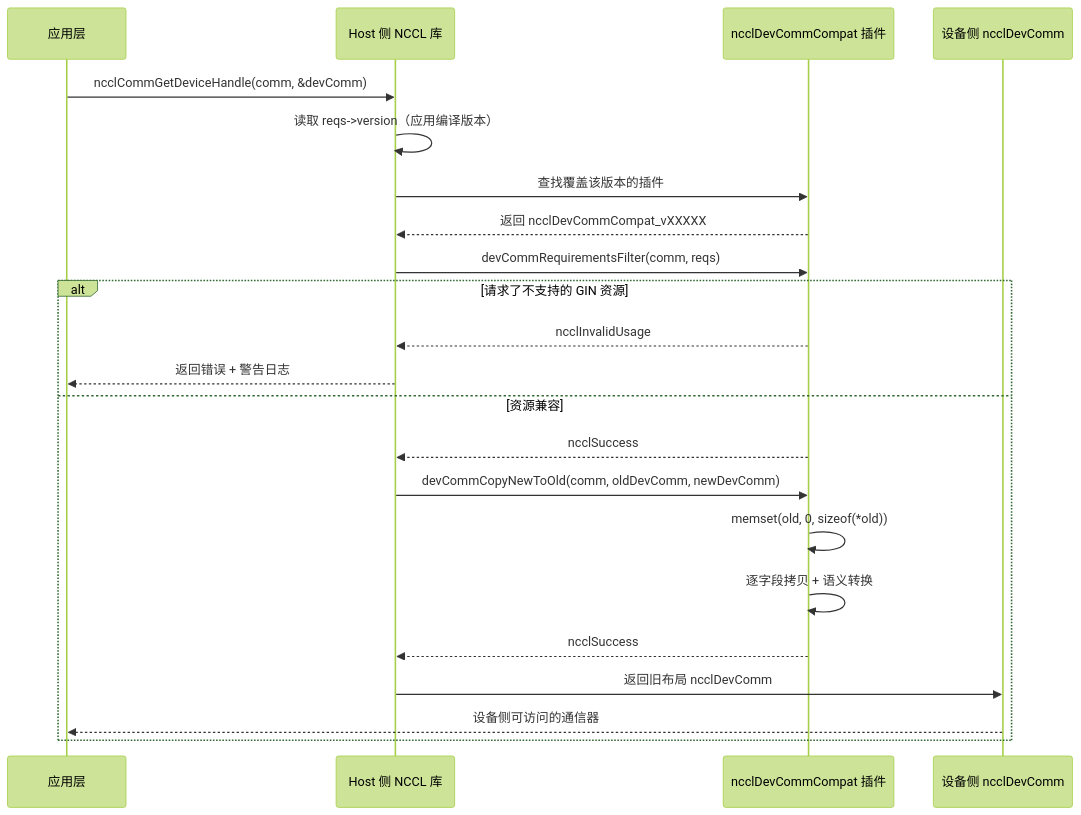
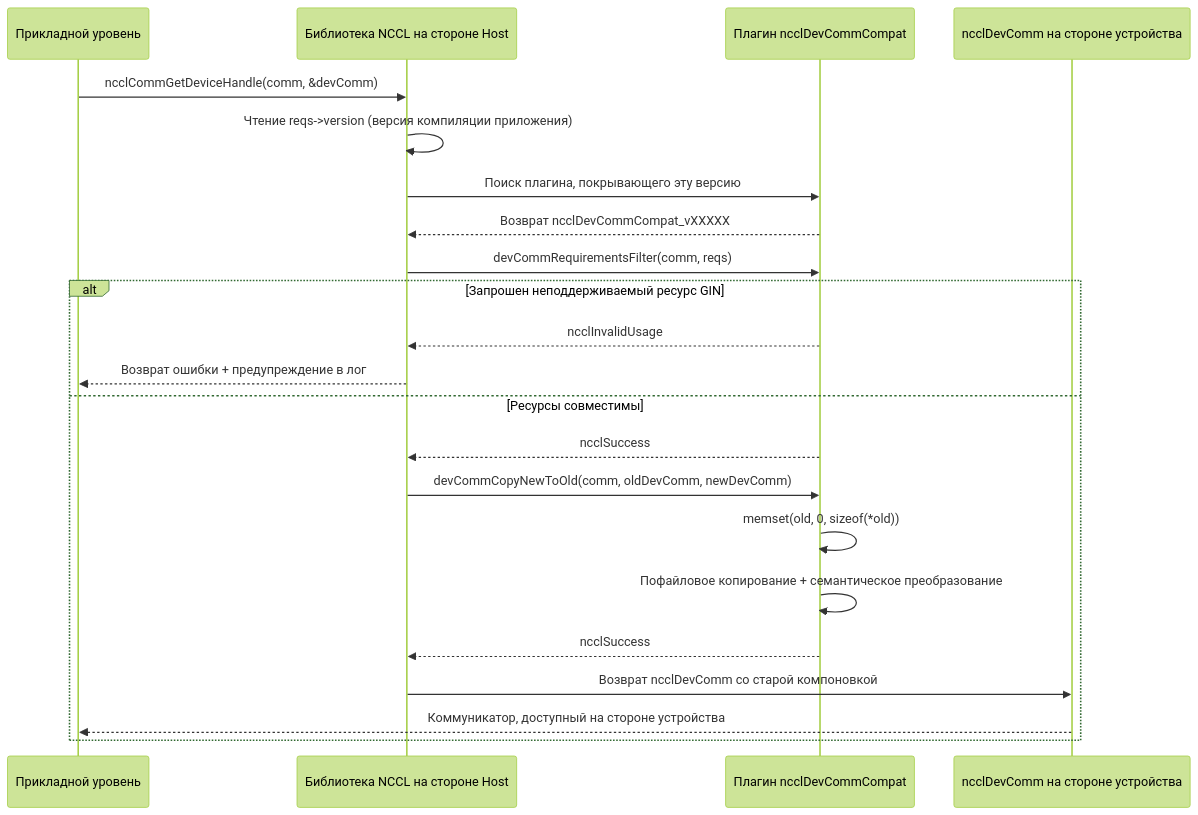
One commit to maleRjc/AiReadCodeBooks changed the second of 2 diagrams in books/nccl/ru/19-device-communication-abi-devcomm.md. Above: the diagram before and after it, drawn with Mermaid (forest theme). The commit also changed other lines of this file and 74 other files, not shown here.

````diff
--- a/books/nccl/ru/19-device-communication-abi-devcomm.md
+++ b/books/nccl/ru/19-device-communication-abi-devcomm.md
@@ -328,25 +330,25 @@
 ```mermaid
 sequenceDiagram
-    participant App as 应用层
-    participant Host as Host 侧 NCCL 库
-    participant Compat as ncclDevCommCompat 插件
-    participant Dev as 设备侧 ncclDevComm
+    participant App as Прикладной уровень
+    participant Host as Библиотека NCCL на стороне Host
+    participant Compat as Плагин ncclDevCommCompat
+    participant Dev as ncclDevComm на стороне устройства
 
     App->>Host: ncclCommGetDeviceHandle(comm, &devComm)
-    Host->>Host: 读取 reqs->version（应用编译版本）
-    Host->>Compat: 查找覆盖该版本的插件
-    Compat-->>Host: 返回 ncclDevCommCompat_vXXXXX
+    Host->>Host: Чтение reqs->version (версия компиляции приложения)
+    Host->>Compat: Поиск плагина, покрывающего эту версию
+    Compat-->>Host: Возврат ncclDevCommCompat_vXXXXX
     Host->>Compat: devCommRequirementsFilter(comm, reqs)
-    alt 请求了不支持的 GIN 资源
+    alt Запрошен неподдерживаемый ресурс GIN
         Compat-->>Host: ncclInvalidUsage
-        Host-->>App: 返回错误 + 警告日志
-    else 资源兼容
+        Host-->>App: Возврат ошибки + предупреждение в лог
+    else Ресурсы совместимы
         Compat-->>Host: ncclSuccess
         Host->>Compat: devCommCopyNewToOld(comm, oldDevComm, newDevComm)
         Compat->>Compat: memset(old, 0, sizeof(*old))
-        Compat->>Compat: 逐字段拷贝 + 语义转换
+        Compat->>Compat: Пофайловое копирование + семантическое преобразование
         Compat-->>Host: ncclSuccess
-        Host->>Dev: 返回旧布局 ncclDevComm
-        Dev-->>App: 设备侧可访问的通信器
+        Host->>Dev: Возврат ncclDevComm со старой компоновкой
+        Dev-->>App: Коммуникатор, доступный на стороне устройства
     end
 ```
````
